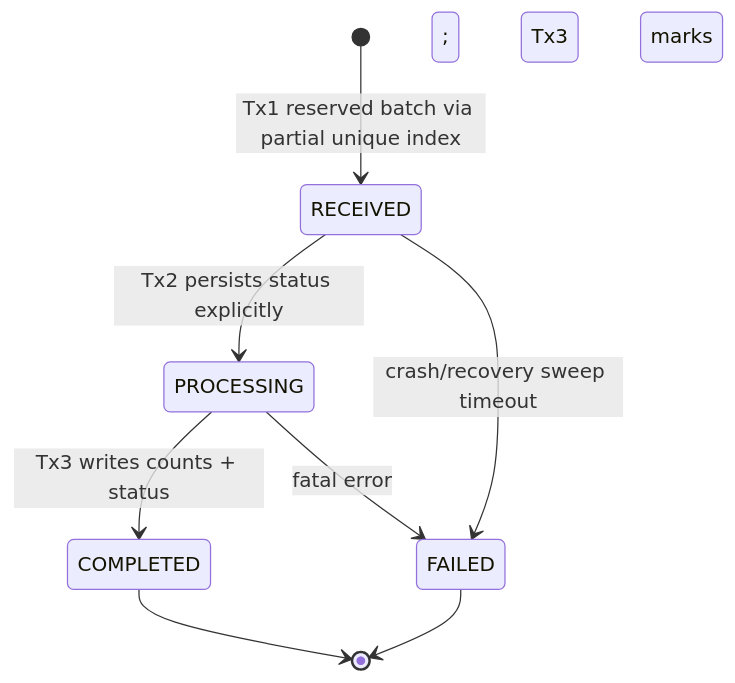
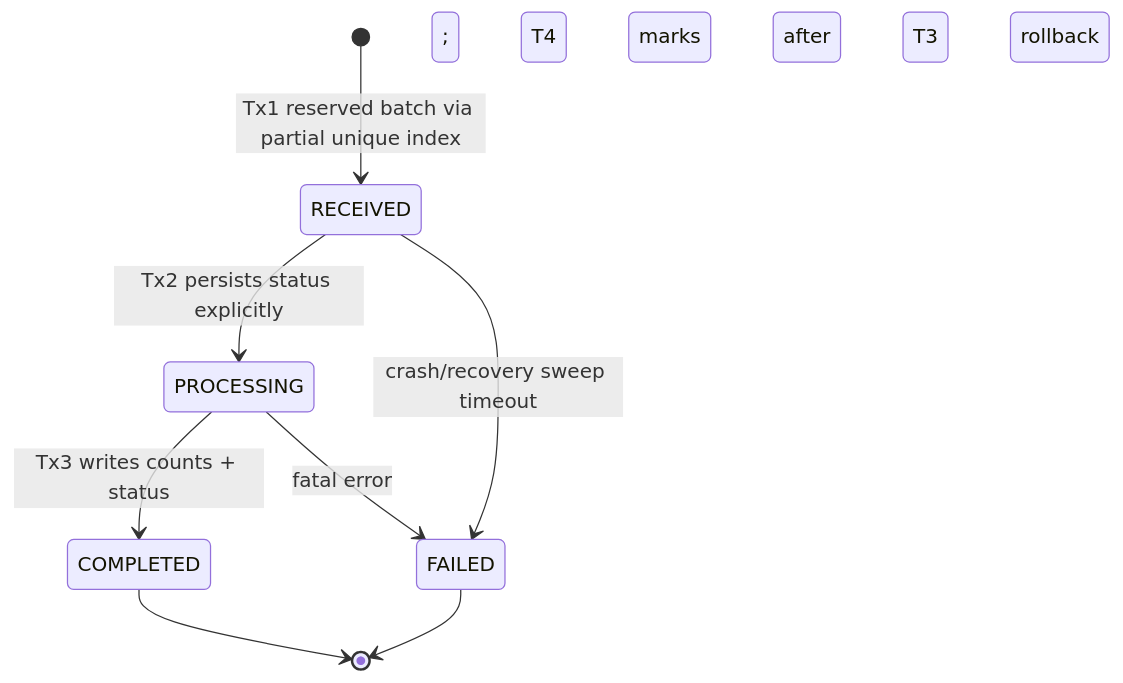
Before and after one commit to soubhagya-behera/cleargrade: the third of 4 diagrams in docs/ARCHITECTURE.md, drawn with Mermaid. The commit also changed other lines of this file and 30 other files, not shown here.

````diff
--- a/docs/ARCHITECTURE.md
+++ b/docs/ARCHITECTURE.md
@@ -71,10 +71,10 @@
 ```mermaid
 stateDiagram-v2
     [*] --> RECEIVED: Tx1 reserved batch via partial unique index
     RECEIVED --> PROCESSING: Tx2 persists status explicitly
     PROCESSING --> COMPLETED: Tx3 writes counts + status
-    PROCESSING --> FAILED: fatal error; Tx3 marks FAILED
+    PROCESSING --> FAILED: fatal error; T4 marks FAILED after T3 rollback
     RECEIVED --> FAILED: crash/recovery sweep timeout
     COMPLETED --> [*]
     FAILED --> [*]
 ```
````
